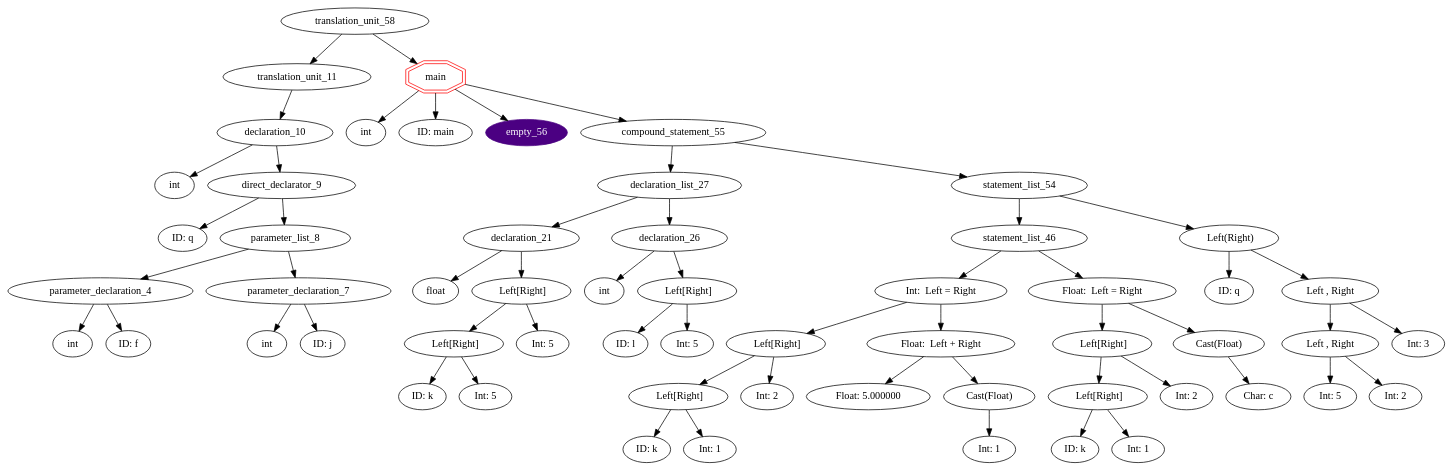
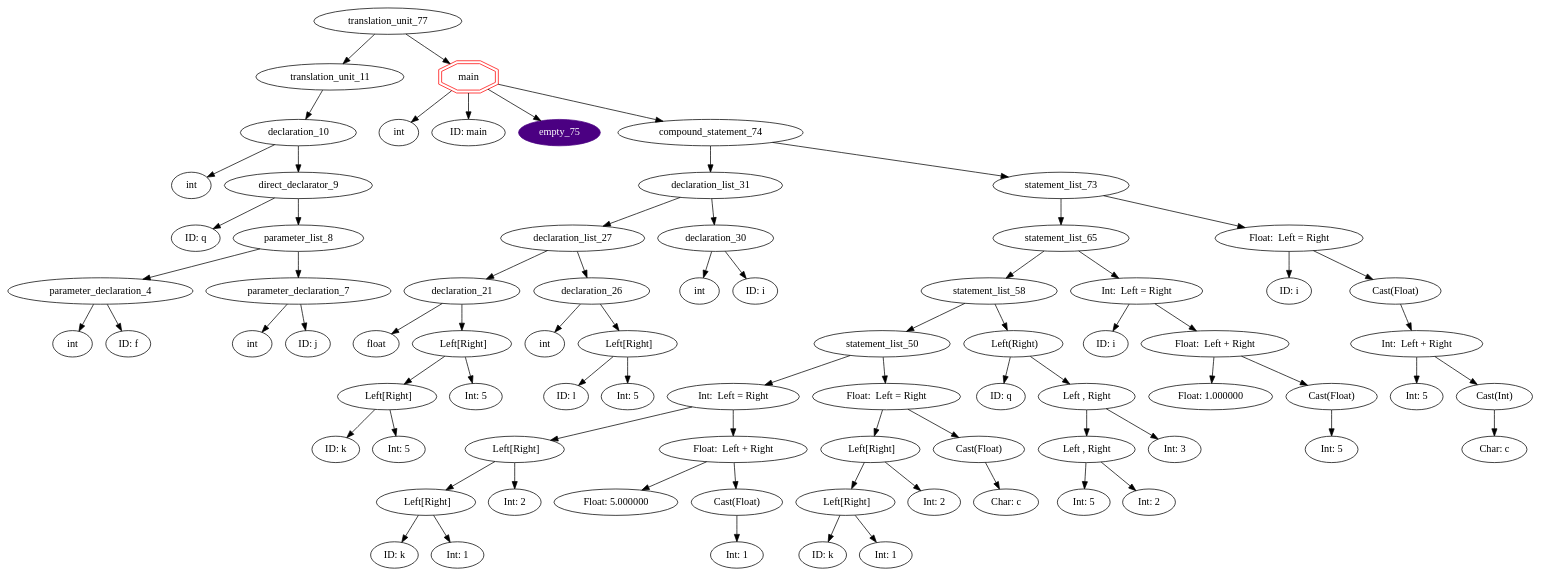
The diagram in graphs/default.gv (ahpalmerUNR/c_compiler), drawn with Graphviz before and after one commit. The commit also changed 2 other files, not shown here.

```diff
--- a/graphs/default.gv
+++ b/graphs/default.gv
@@ -1,107 +1,142 @@
 digraph AST {
-	translation_unit_58 -> translation_unit_11;
+	translation_unit_77 -> translation_unit_11;
 	translation_unit_11 -> declaration_10;
 	declaration_10 [label="declaration_10"]
 	declaration_10 -> type_specifier_0;
 	type_specifier_0 [label="int"]
 	declaration_10 -> direct_declarator_9;
 	direct_declarator_9 -> identifier_1;
 	identifier_1 [label="ID: q"]
 	direct_declarator_9 -> parameter_list_8;
 	parameter_list_8 -> parameter_declaration_4;
 	parameter_declaration_4 -> type_specifier_2;
 	type_specifier_2 [label="int"]
 	parameter_declaration_4 -> identifier_3;
 	identifier_3 [label="ID: f"]
 	parameter_list_8 -> parameter_declaration_7;
 	parameter_declaration_7 -> type_specifier_5;
 	type_specifier_5 [label="int"]
 	parameter_declaration_7 -> identifier_6;
 	identifier_6 [label="ID: j"]
-	translation_unit_58 -> function_definition_57;
-	function_definition_57 [shape=doubleoctagon,color=red,label="main"]
-	function_definition_57 -> type_specifier_12;
+	translation_unit_77 -> function_definition_76;
+	function_definition_76 [shape=doubleoctagon,color=red,label="main"]
+	function_definition_76 -> type_specifier_12;
 	type_specifier_12 [label="int"]
-	function_definition_57 -> identifier_13;
+	function_definition_76 -> identifier_13;
 	identifier_13 [label="ID: main"]
-	function_definition_57 -> empty_56;
-	empty_56 [style=filled,color=indigo,fontcolor=white]
-	function_definition_57 -> compound_statement_55;
-	compound_statement_55 -> declaration_list_27;
+	function_definition_76 -> empty_75;
+	empty_75 [style=filled,color=indigo,fontcolor=white]
+	function_definition_76 -> compound_statement_74;
+	compound_statement_74 -> declaration_list_31;
+	declaration_list_31 -> declaration_list_27;
 	declaration_list_27 -> declaration_21;
 	declaration_21 [label="declaration_21"]
 	declaration_21 -> type_specifier_15;
 	type_specifier_15 [label="float"]
 	declaration_21 -> direct_declarator_20;
 	direct_declarator_20 [label="  Left[Right]"]
 	direct_declarator_20 -> direct_declarator_18;
 	direct_declarator_18 [label="  Left[Right]"]
 	direct_declarator_18 -> identifier_16;
 	identifier_16 [label="ID: k"]
 	direct_declarator_18 -> constant_17;
 	constant_17 [label="Int: 5"]
 	direct_declarator_20 -> constant_19;
 	constant_19 [label="Int: 5"]
 	declaration_list_27 -> declaration_26;
 	declaration_26 [label="declaration_26"]
 	declaration_26 -> type_specifier_22;
 	type_specifier_22 [label="int"]
 	declaration_26 -> direct_declarator_25;
 	direct_declarator_25 [label="  Left[Right]"]
 	direct_declarator_25 -> identifier_23;
 	identifier_23 [label="ID: l"]
 	direct_declarator_25 -> constant_24;
 	constant_24 [label="Int: 5"]
-	compound_statement_55 -> statement_list_54;
-	statement_list_54 -> statement_list_46;
-	statement_list_46 -> assignment_expression_37;
-	assignment_expression_37 [label="Int:  Left = Right"]
-	assignment_expression_37 -> postfix_expression_32;
-	postfix_expression_32 [label="  Left[Right]"]
-	postfix_expression_32 -> postfix_expression_30;
-	postfix_expression_30 [label="  Left[Right]"]
-	postfix_expression_30 -> identifier_28;
-	identifier_28 [label="ID: k"]
-	postfix_expression_30 -> constant_29;
-	constant_29 [label="Int: 1"]
-	postfix_expression_32 -> constant_31;
-	constant_31 [label="Int: 2"]
-	assignment_expression_37 -> operator_expression_35;
-	operator_expression_35 [label="Float:  Left + Right"]
-	operator_expression_35 -> constant_33;
-	constant_33 [label="Float: 5.000000"]
-	operator_expression_35 -> Implicit_Cast36;
-	Implicit_Cast36 [label="Cast(Float)"]
-	Implicit_Cast36 -> constant_34;
-	constant_34 [label="Int: 1"]
-	statement_list_46 -> assignment_expression_44;
-	assignment_expression_44 [label="Float:  Left = Right"]
-	assignment_expression_44 -> postfix_expression_42;
-	postfix_expression_42 [label="  Left[Right]"]
-	postfix_expression_42 -> postfix_expression_40;
-	postfix_expression_40 [label="  Left[Right]"]
-	postfix_expression_40 -> identifier_38;
-	identifier_38 [label="ID: k"]
-	postfix_expression_40 -> constant_39;
-	constant_39 [label="Int: 1"]
-	postfix_expression_42 -> constant_41;
-	constant_41 [label="Int: 2"]
-	assignment_expression_44 -> Implicit_Cast_45;
-	Implicit_Cast_45 [label="Cast(Float)"]
-	Implicit_Cast_45 -> constant_43;
-	constant_43 [label="Char: c"]
-	statement_list_54 -> postfix_expression_53;
-	postfix_expression_53 [label="  Left(Right)"]
-	postfix_expression_53 -> identifier_47;
-	identifier_47 [label="ID: q"]
-	postfix_expression_53 -> argument_expression_list_52;
-	argument_expression_list_52 [label=" Left , Right"]
-	argument_expression_list_52 -> argument_expression_list_50;
-	argument_expression_list_50 [label=" Left , Right"]
-	argument_expression_list_50 -> constant_48;
-	constant_48 [label="Int: 5"]
-	argument_expression_list_50 -> constant_49;
-	constant_49 [label="Int: 2"]
-	argument_expression_list_52 -> constant_51;
-	constant_51 [label="Int: 3"]
+	declaration_list_31 -> declaration_30;
+	declaration_30 [label="declaration_30"]
+	declaration_30 -> type_specifier_28;
+	type_specifier_28 [label="int"]
+	declaration_30 -> identifier_29;
+	identifier_29 [label="ID: i"]
+	compound_statement_74 -> statement_list_73;
+	statement_list_73 -> statement_list_65;
+	statement_list_65 -> statement_list_58;
+	statement_list_58 -> statement_list_50;
+	statement_list_50 -> assignment_expression_41;
+	assignment_expression_41 [label="Int:  Left = Right"]
+	assignment_expression_41 -> postfix_expression_36;
+	postfix_expression_36 [label="  Left[Right]"]
+	postfix_expression_36 -> postfix_expression_34;
+	postfix_expression_34 [label="  Left[Right]"]
+	postfix_expression_34 -> identifier_32;
+	identifier_32 [label="ID: k"]
+	postfix_expression_34 -> constant_33;
+	constant_33 [label="Int: 1"]
+	postfix_expression_36 -> constant_35;
+	constant_35 [label="Int: 2"]
+	assignment_expression_41 -> operator_expression_39;
+	operator_expression_39 [label="Float:  Left + Right"]
+	operator_expression_39 -> constant_37;
+	constant_37 [label="Float: 5.000000"]
+	operator_expression_39 -> Implicit_Cast40;
+	Implicit_Cast40 [label="Cast(Float)"]
+	Implicit_Cast40 -> constant_38;
+	constant_38 [label="Int: 1"]
+	statement_list_50 -> assignment_expression_48;
+	assignment_expression_48 [label="Float:  Left = Right"]
+	assignment_expression_48 -> postfix_expression_46;
+	postfix_expression_46 [label="  Left[Right]"]
+	postfix_expression_46 -> postfix_expression_44;
+	postfix_expression_44 [label="  Left[Right]"]
+	postfix_expression_44 -> identifier_42;
+	identifier_42 [label="ID: k"]
+	postfix_expression_44 -> constant_43;
+	constant_43 [label="Int: 1"]
+	postfix_expression_46 -> constant_45;
+	constant_45 [label="Int: 2"]
+	assignment_expression_48 -> Implicit_Cast_49;
+	Implicit_Cast_49 [label="Cast(Float)"]
+	Implicit_Cast_49 -> constant_47;
+	constant_47 [label="Char: c"]
+	statement_list_58 -> postfix_expression_57;
+	postfix_expression_57 [label="  Left(Right)"]
+	postfix_expression_57 -> identifier_51;
+	identifier_51 [label="ID: q"]
+	postfix_expression_57 -> argument_expression_list_56;
+	argument_expression_list_56 [label=" Left , Right"]
+	argument_expression_list_56 -> argument_expression_list_54;
+	argument_expression_list_54 [label=" Left , Right"]
+	argument_expression_list_54 -> constant_52;
+	constant_52 [label="Int: 5"]
+	argument_expression_list_54 -> constant_53;
+	constant_53 [label="Int: 2"]
+	argument_expression_list_56 -> constant_55;
+	constant_55 [label="Int: 3"]
+	statement_list_65 -> assignment_expression_64;
+	assignment_expression_64 [label="Int:  Left = Right"]
+	assignment_expression_64 -> identifier_59;
+	identifier_59 [label="ID: i"]
+	assignment_expression_64 -> operator_expression_62;
+	operator_expression_62 [label="Float:  Left + Right"]
+	operator_expression_62 -> constant_60;
+	constant_60 [label="Float: 1.000000"]
+	operator_expression_62 -> Implicit_Cast63;
+	Implicit_Cast63 [label="Cast(Float)"]
+	Implicit_Cast63 -> constant_61;
+	constant_61 [label="Int: 5"]
+	statement_list_73 -> assignment_expression_71;
+	assignment_expression_71 [label="Float:  Left = Right"]
+	assignment_expression_71 -> identifier_66;
+	identifier_66 [label="ID: i"]
+	assignment_expression_71 -> Implicit_Cast_72;
+	Implicit_Cast_72 [label="Cast(Float)"]
+	Implicit_Cast_72 -> operator_expression_69;
+	operator_expression_69 [label="Int:  Left + Right"]
+	operator_expression_69 -> constant_67;
+	constant_67 [label="Int: 5"]
+	operator_expression_69 -> Implicit_Cast70;
+	Implicit_Cast70 [label="Cast(Int)"]
+	Implicit_Cast70 -> constant_68;
+	constant_68 [label="Char: c"]
 }
```
